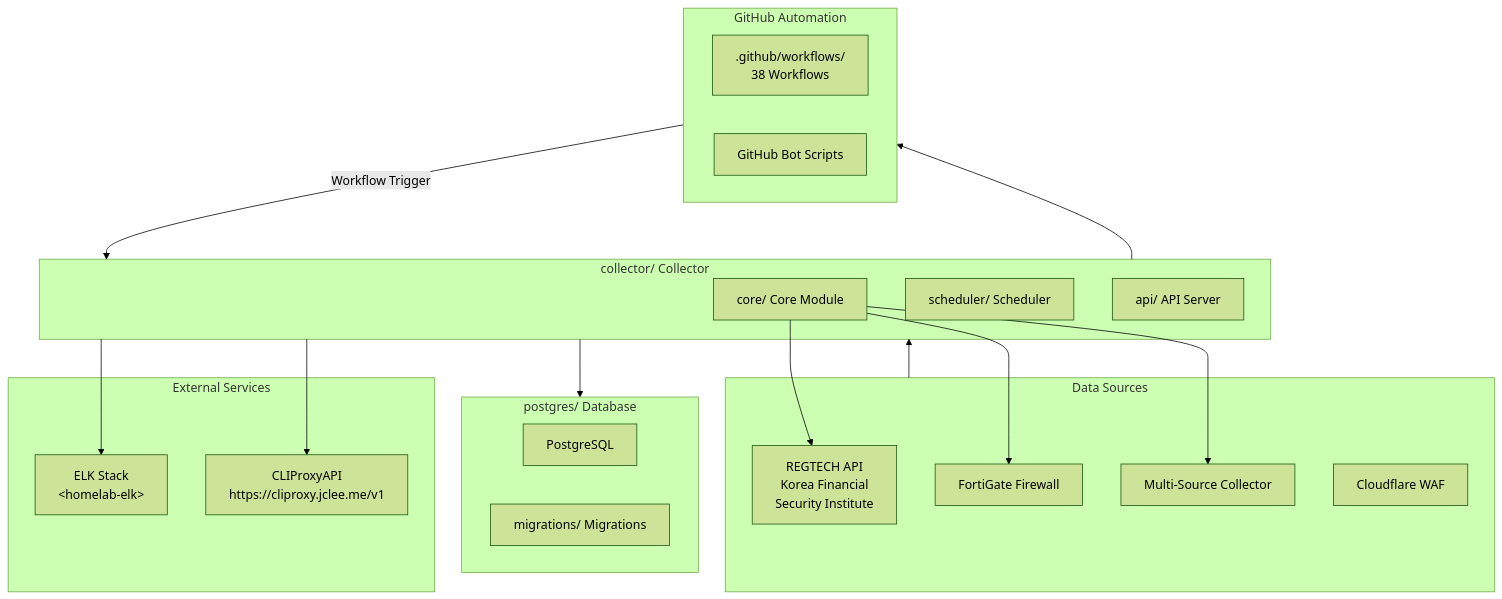
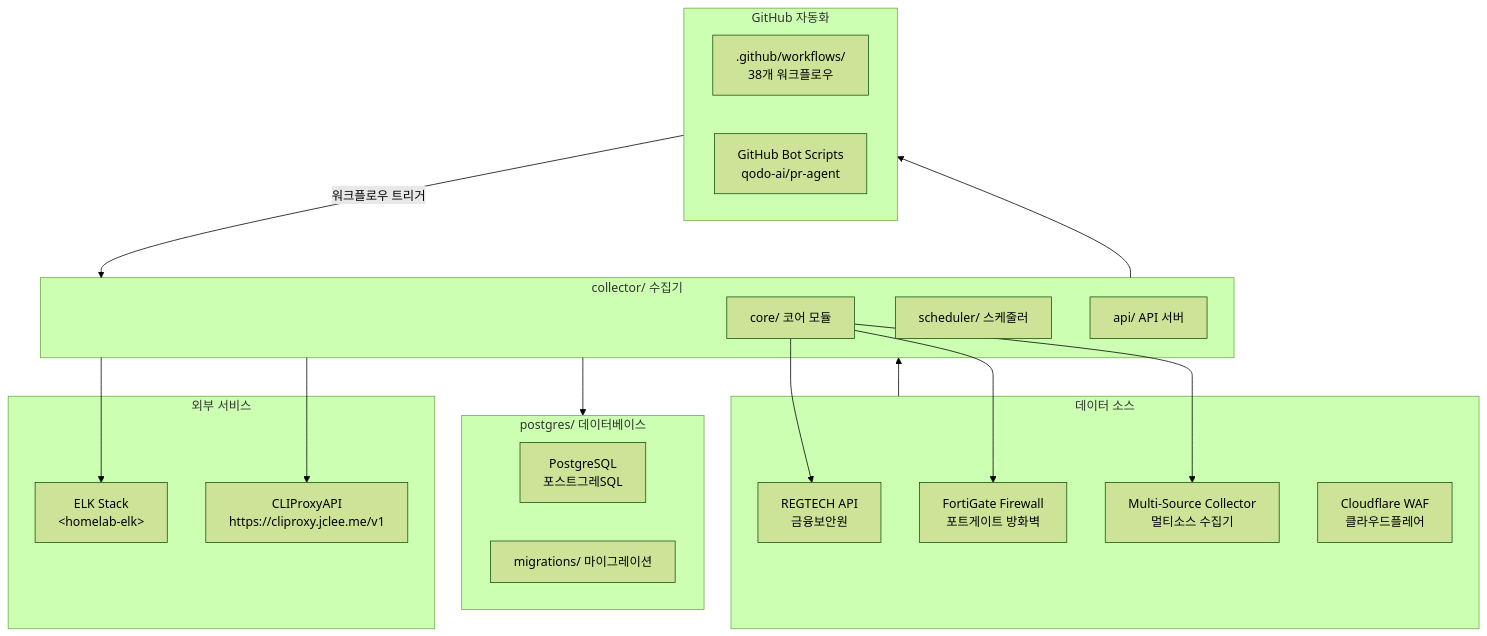
Before and after one commit to jclee941/blacklist: the second of 2 diagrams in README.md, drawn with Mermaid (forest theme). The commit also changed other lines of this file, not shown here.

````diff
--- a/README.md
+++ b/README.md
@@ -110,41 +470,41 @@
 ```mermaid
 flowchart TB
-    subgraph DataSources["Data Sources"]
-        REGTECH["REGTECH API<br/>Korea Financial<br/>Security Institute"]
-        FORTIGATE["FortiGate Firewall"]
-        MULTI["Multi-Source Collector"]
-        CLOUDFLARE["Cloudflare WAF"]
+    subgraph DataSources["데이터 소스"]
+        REGTECH["REGTECH API<br/>금융보안원"]
+        FORTIGATE["FortiGate Firewall<br/>포트게이트 방화벽"]
+        MULTI["Multi-Source Collector<br/>멀티소스 수집기"]
+        CLOUDFLARE["Cloudflare WAF<br/>클라우드플레어"]
     end
 
-    subgraph Collector["collector/ Collector"]
-        CORE["core/ Core Module"]
-        SCHEDULER["scheduler/ Scheduler"]
-        API["api/ API Server"]
+    subgraph Collector["collector/ 수집기"]
+        CORE["core/ 코어 모듈"]
+        SCHEDULER["scheduler/ 스케줄러"]
+        API["api/ API 서버"]
 
         CORE --> FORTIGATE
         CORE --> REGTECH
         CORE --> MULTI
     end
 
-    subgraph Database["postgres/ Database"]
-        PG["PostgreSQL"]
-        MIGRATIONS["migrations/ Migrations"]
+    subgraph Database["postgres/ 데이터베이스"]
+        PG["PostgreSQL<br/>포스트그레SQL"]
+        MIGRATIONS["migrations/ 마이그레이션"]
     end
 
-    subgraph GitHubAutomation["GitHub Automation"]
-        WORKFLOWS[".github/workflows/<br/>38 Workflows"]
-        BOTS["GitHub Bot Scripts"]
+    subgraph GitHubAutomation["GitHub 자동화"]
+        WORKFLOWS[".github/workflows/<br/>38개 워크플로우"]
+        BOTS["GitHub Bot Scripts<br/>qodo-ai/pr-agent"]
     end
 
-    subgraph ExternalServices["External Services"]
+    subgraph ExternalServices["외부 서비스"]
         ELK["ELK Stack<br/>&lt;homelab-elk&gt;"]
         PROXY["CLIProxyAPI<br/>https://cliproxy.jclee.me/v1"]
     end
 
     DataSources --> Collector
     Collector --> Database
     Collector --> GitHubAutomation
-    GitHubAutomation -->|"Workflow Trigger"| Collector
+    GitHubAutomation -->|"워크플로우 트리거"| Collector
     Collector --> ELK
     Collector --> PROXY
 ```
````
